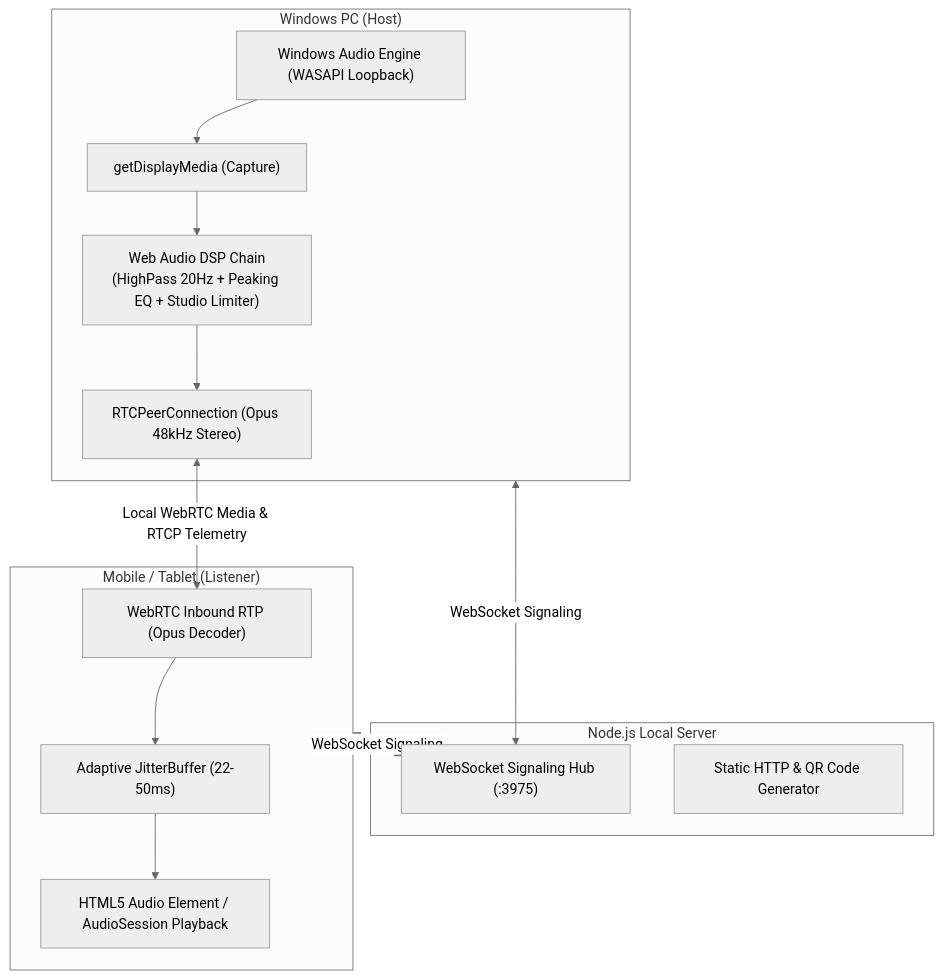
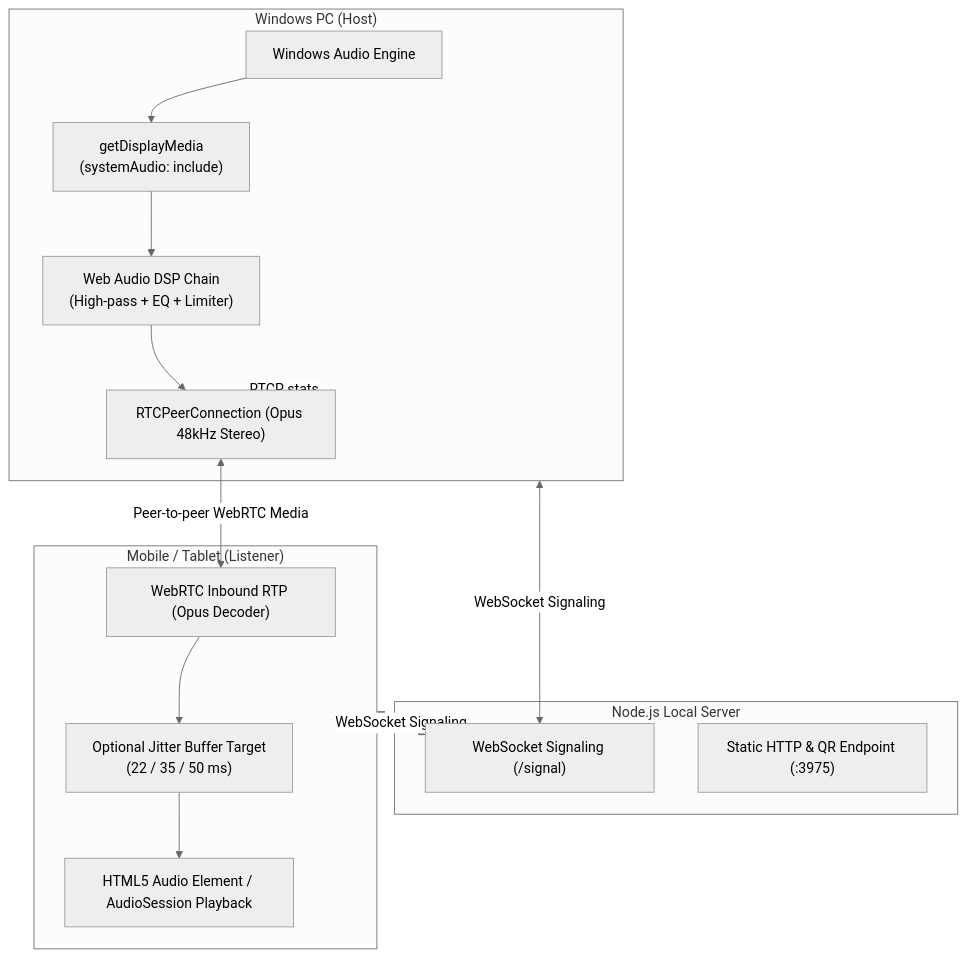
Before and after one commit to GabryOsas/Wifora: the diagram in docs/architecture.md, drawn with Mermaid (neutral theme). The commit also changed other lines of this file, not shown here.

Commit message:
docs: align architecture with current implementation

````diff
--- a/docs/architecture.md
+++ b/docs/architecture.md
@@ -15,24 +15,25 @@
 ```mermaid
 flowchart TD
     subgraph HostPC ["Windows PC (Host)"]
-        WASAPI["Windows Audio Engine (WASAPI Loopback)"] --> Capture["getDisplayMedia (Capture)"]
-        Capture --> DSP["Web Audio DSP Chain\n(HighPass 20Hz + Peaking EQ + Studio Limiter)"]
+        WASAPI["Windows Audio Engine"] --> Capture["getDisplayMedia\n(systemAudio: include)"]
+        Capture --> DSP["Web Audio DSP Chain\n(High-pass + EQ + Limiter)"]
         DSP --> Peer["RTCPeerConnection (Opus 48kHz Stereo)"]
     end
 
     subgraph Server ["Node.js Local Server"]
-        WS["WebSocket Signaling Hub (:3975)"]
-        HTTP["Static HTTP & QR Code Generator"]
+        WS["WebSocket Signaling (/signal)"]
+        HTTP["Static HTTP & QR Endpoint (:3975)"]
     end
 
     subgraph Listener ["Mobile / Tablet (Listener)"]
         WebRTC["WebRTC Inbound RTP (Opus Decoder)"]
-        JB["Adaptive JitterBuffer (22-50ms)"]
+        JB["Optional Jitter Buffer Target\n(22 / 35 / 50 ms)"]
         AudioOut["HTML5 Audio Element / AudioSession Playback"]
         WebRTC --> JB --> AudioOut
     end
 
-    Peer <-->|Local WebRTC Media & RTCP Telemetry| WebRTC
+    Peer <-->|Peer-to-peer WebRTC Media| WebRTC
     HostPC <-->|WebSocket Signaling| WS
     Listener <-->|WebSocket Signaling| WS
+    Peer -.->|RTCP stats| HostPC
 ```
````
